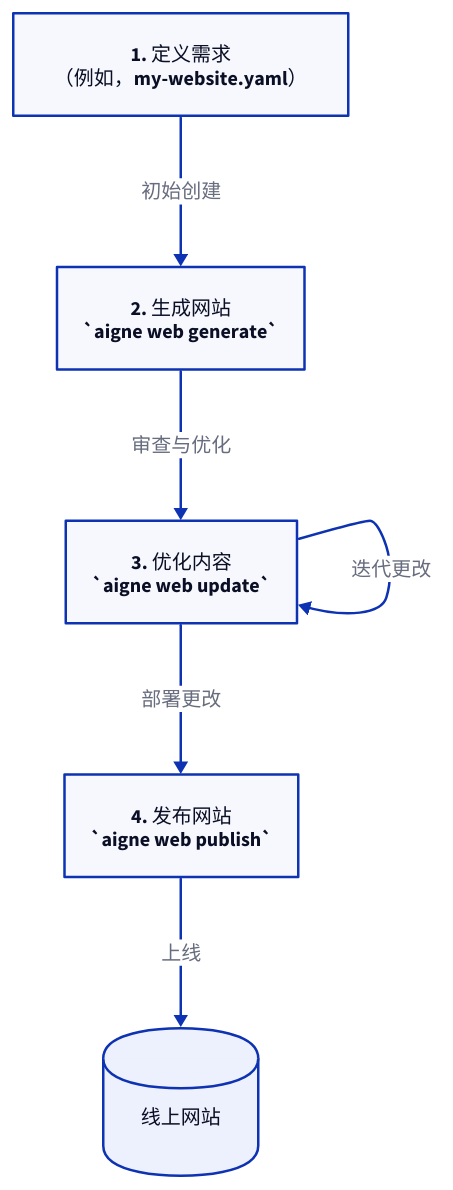
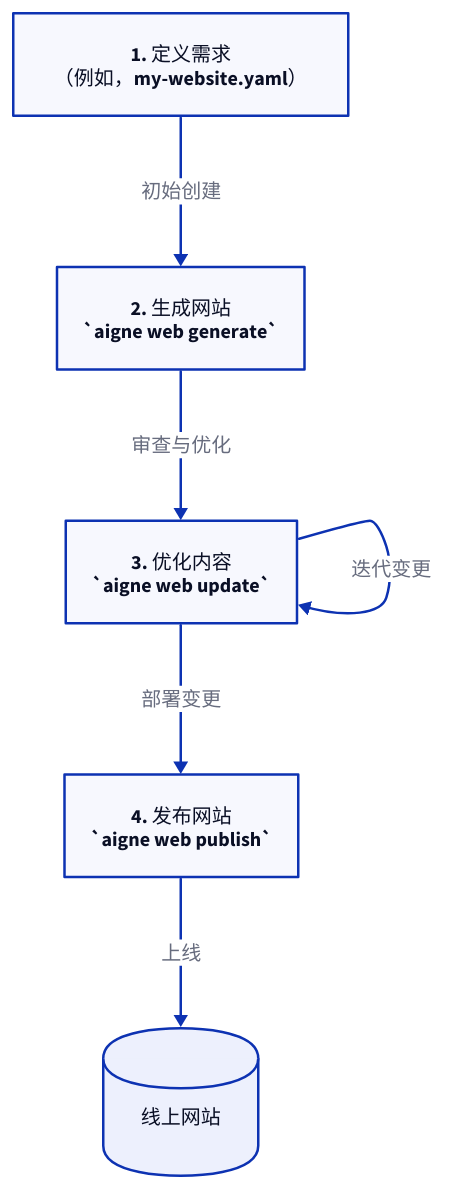
One commit to AIGNE-io/aigne-web-smith changed the diagram in .aigne/doc-smith/docs/core-tasks.zh.md. Above: the diagram before and after it, drawn with D2. The commit also changed other lines of this file and 90 other files, not shown here.

````diff
--- a/.aigne/doc-smith/docs/core-tasks.zh.md
+++ b/.aigne/doc-smith/docs/core-tasks.zh.md
@@ -11,34 +11,34 @@
 ```d2
 direction: down
 
 config: {
   label: "1. 定义需求\n（例如，my-website.yaml）"
   shape: rectangle
 }
 
 generate: {
   label: "2. 生成网站\n`aigne web generate`"
   shape: rectangle
 }
 
 update: {
   label: "3. 优化内容\n`aigne web update`"
   shape: rectangle
 }
 
 publish: {
   label: "4. 发布网站\n`aigne web publish`"
   shape: rectangle
 }
 
 live_site: {
   label: "线上网站"
   shape: cylinder
 }
 
 config -> generate: "初始创建"
 generate -> update: "审查与优化"
-update -> update: "迭代更改"
-update -> publish: "部署更改"
+update -> update: "迭代变更"
+update -> publish: "部署变更"
 publish -> live_site: "上线"
 ```
````
